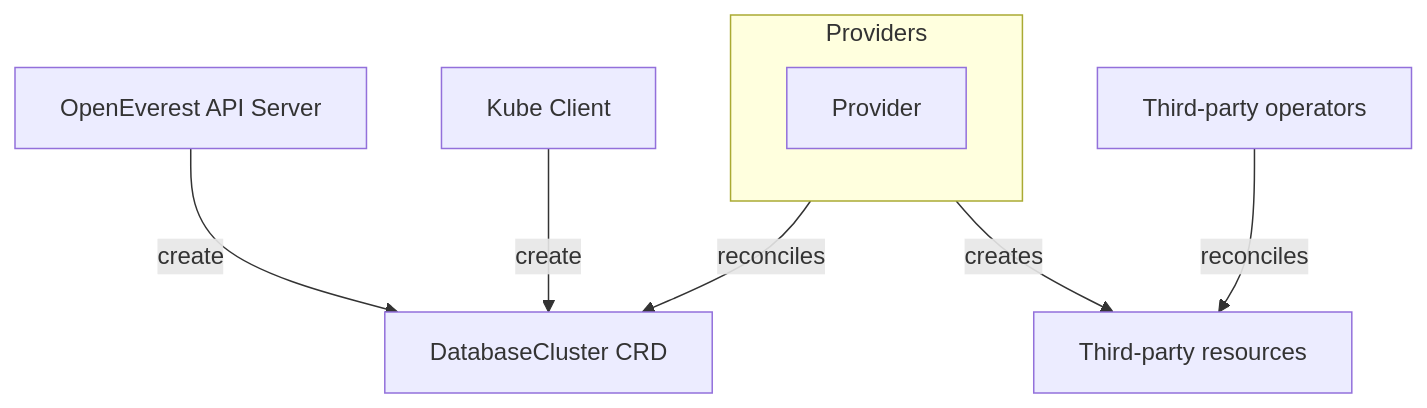
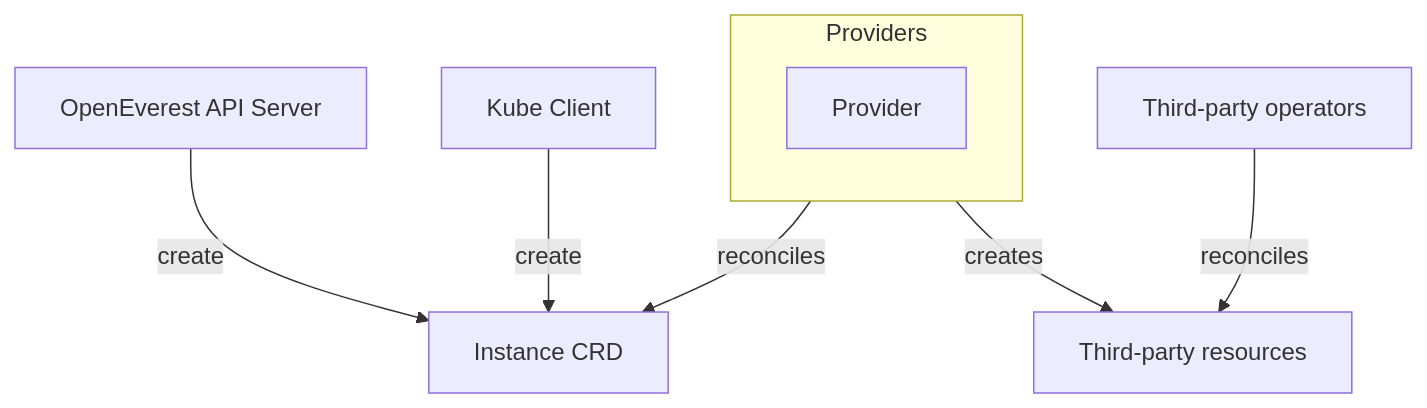
One commit to openeverest/specs changed the first of 2 diagrams in specs/001-plugins-architecture.md. Above: the diagram before and after it, drawn with Mermaid. The commit also changed other lines of this file, not shown here.

Commit message:
Update plugins architecture with recent changes

````diff
--- a/specs/001-plugins-architecture.md
+++ b/specs/001-plugins-architecture.md
@@ -188,19 +206,19 @@
 ```mermaid
 graph TB
   A[OpenEverest API Server]
   B[Kube Client]
-  C[DatabaseCluster CRD]
+  C[Instance CRD]
 
   subgraph Providers
     direction LR
       P[Provider]
   end
 
   A -->|create| C
   B -->|create| C
   P -->|reconciles| C
   P -->|creates| TR[Third-party resources]
 
   D[Third-party operators]
   D -->|reconciles| TR
 ```
````
